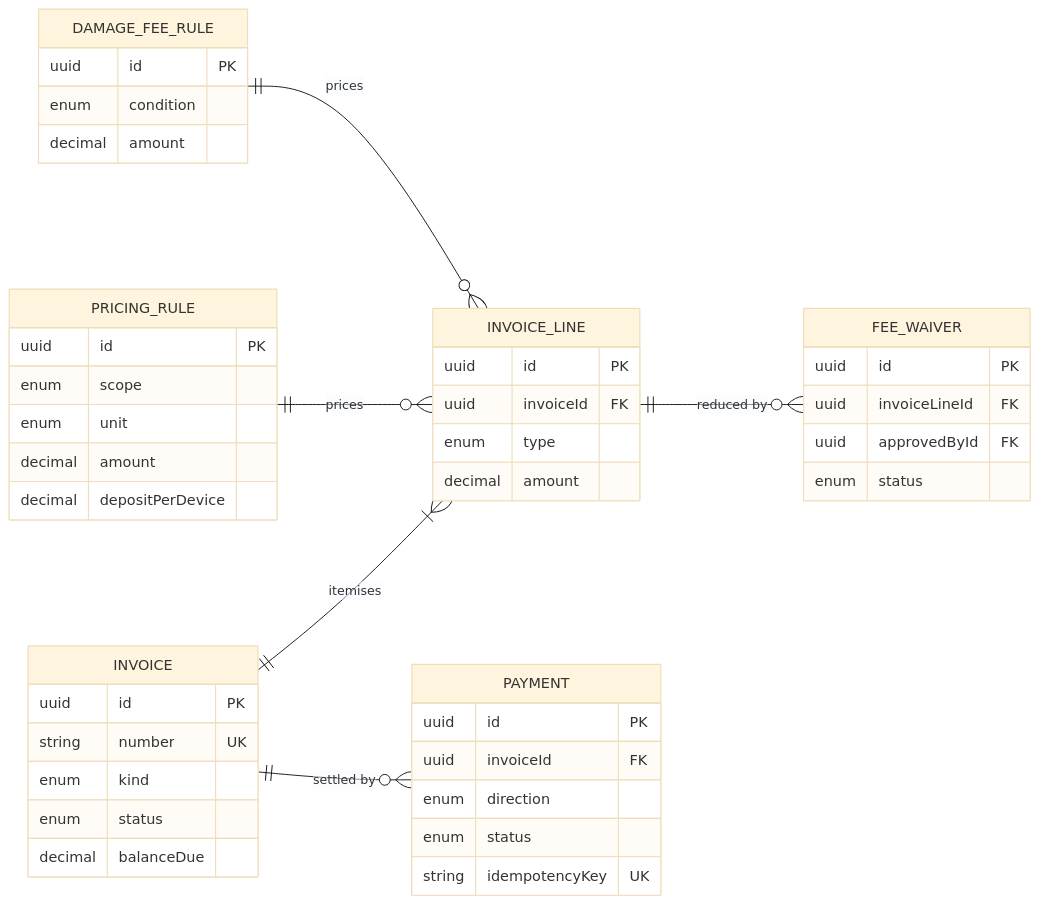
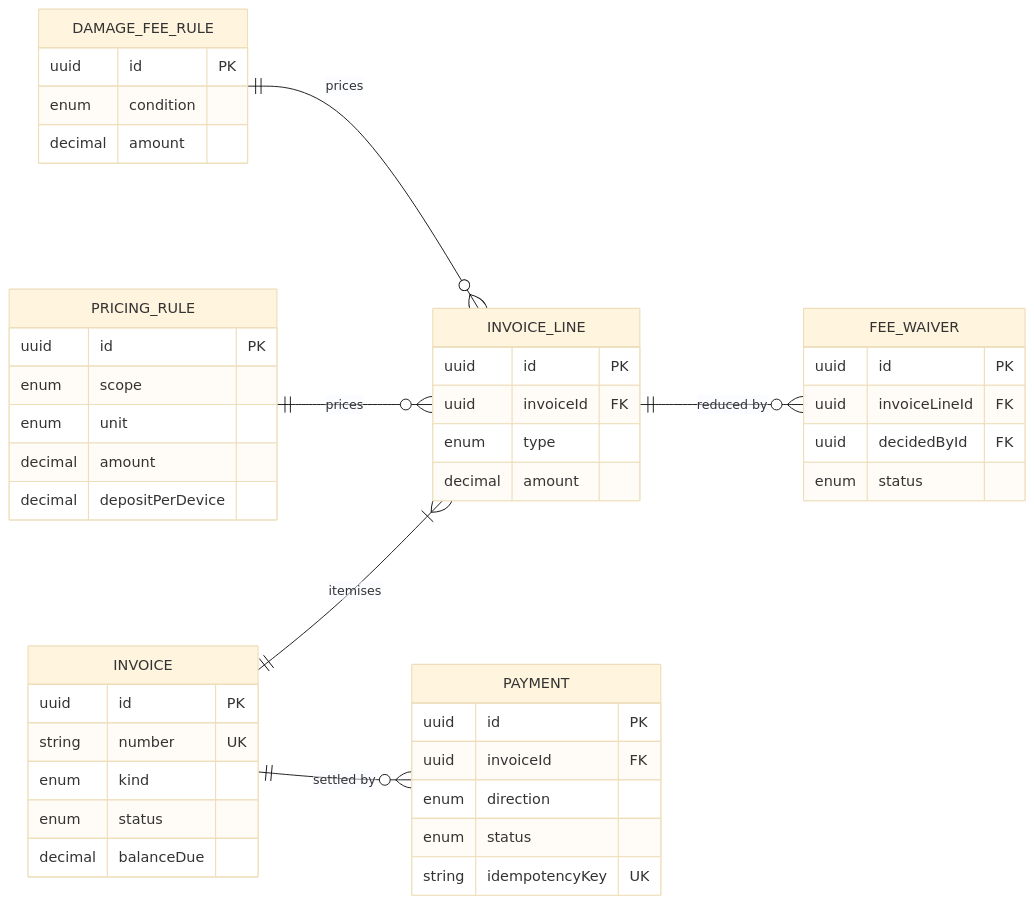
The ninth of 11 diagrams in specs/platform/design.md (TrekLink-Team/treklink-web), drawn with Mermaid (base theme) before and after one commit. The commit also changed other lines of this file and 30 other files, not shown here.

````diff
--- a/specs/platform/design.md
+++ b/specs/platform/design.md
@@ -400,47 +400,47 @@
 ```mermaid
 erDiagram
     direction LR
     PRICING_RULE {
         uuid id PK
         enum scope
         enum unit
         decimal amount
         decimal depositPerDevice
     }
     DAMAGE_FEE_RULE {
         uuid id PK
         enum condition
         decimal amount
     }
     INVOICE {
         uuid id PK
         string number UK
         enum kind
         enum status
         decimal balanceDue
     }
     INVOICE_LINE {
         uuid id PK
         uuid invoiceId FK
         enum type
         decimal amount
     }
     PAYMENT {
         uuid id PK
         uuid invoiceId FK
         enum direction
         enum status
         string idempotencyKey UK
     }
     FEE_WAIVER {
         uuid id PK
         uuid invoiceLineId FK
-        uuid approvedById FK
+        uuid decidedById FK
         enum status
     }
     INVOICE ||--|{ INVOICE_LINE : "itemises"
     PRICING_RULE ||--o{ INVOICE_LINE : "prices"
     DAMAGE_FEE_RULE ||--o{ INVOICE_LINE : "prices"
     INVOICE ||--o{ PAYMENT : "settled by"
     INVOICE_LINE ||--o{ FEE_WAIVER : "reduced by"
 ```
````
